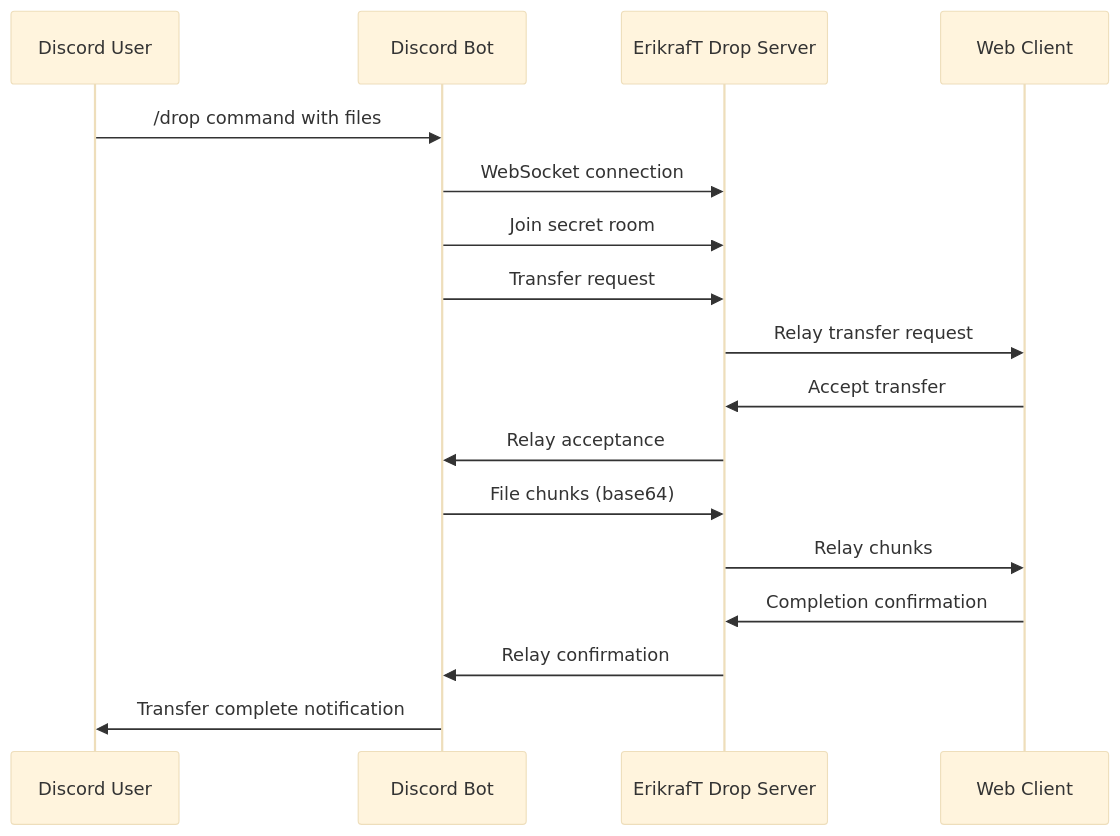
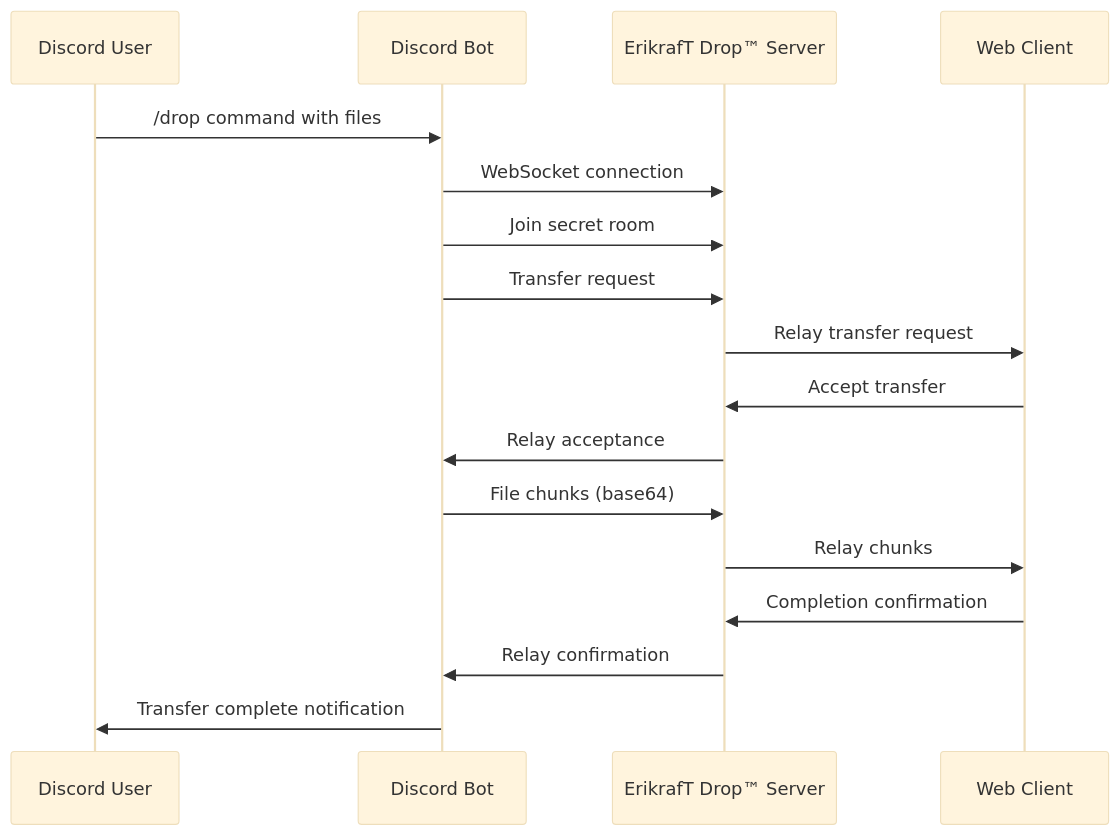
The second of 2 diagrams in docs/ecosystem/discord.mdx (erikraft/Drop), drawn with Mermaid (base theme) before and after one commit. The commit also changed other lines of this file and 178 other files, not shown here.

First line of the commit message:
chore: update user-facing branding text with ErikrafT Drop™ trademark

````diff
--- a/docs/ecosystem/discord.mdx
+++ b/docs/ecosystem/discord.mdx
@@ -316,20 +316,20 @@
 ```mermaid
 sequenceDiagram
     participant User as Discord User
     participant Bot as Discord Bot
-    participant Server as ErikrafT Drop Server
+    participant Server as ErikrafT Drop™ Server
     participant Web as Web Client
 
     User->>Bot: /drop command with files
     Bot->>Server: WebSocket connection
     Bot->>Server: Join secret room
     Bot->>Server: Transfer request
     Server->>Web: Relay transfer request
     Web->>Server: Accept transfer
     Server->>Bot: Relay acceptance
     Bot->>Server: File chunks (base64)
     Server->>Web: Relay chunks
     Web->>Server: Completion confirmation
     Server->>Bot: Relay confirmation
     Bot->>User: Transfer complete notification
 ```
````
